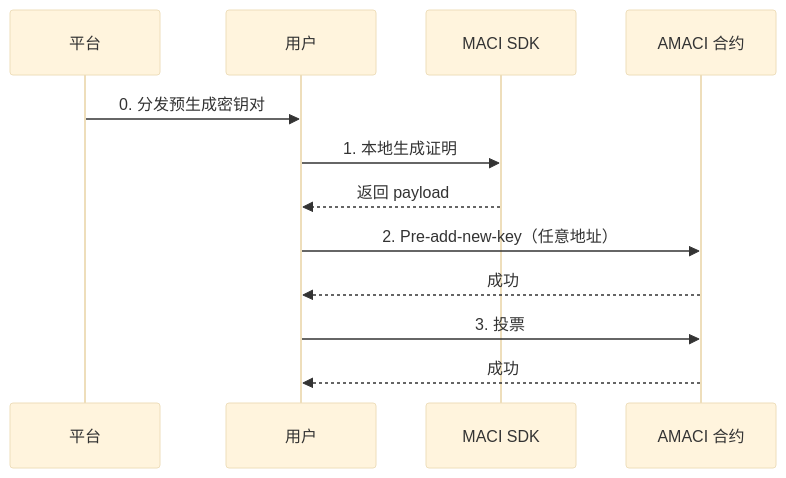
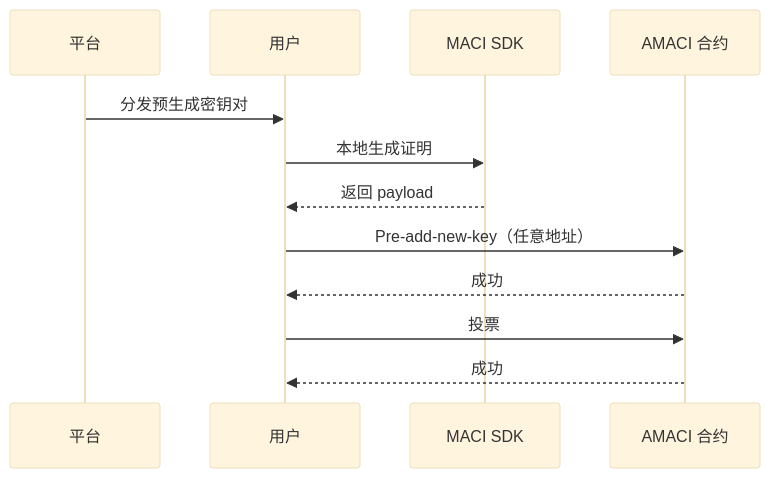
One commit to DoraFactory/maci changed the second of 2 diagrams in docs/content/docs/sdk/voting-guide.mdx. Above: the diagram before and after it, drawn with Mermaid (base theme). The commit also changed other lines of this file and 24 other files, not shown here.

````diff
--- a/docs/content/docs/sdk/voting-guide.mdx
+++ b/docs/content/docs/sdk/voting-guide.mdx
@@ -92,14 +79,14 @@
 ```mermaid
 sequenceDiagram
     participant Platform as 平台
     participant User as 用户
     participant SDK as MACI SDK
     participant Contract as AMACI 合约
-    Platform->>User: 0. 分发预生成密钥对
-    User->>SDK: 1. 本地生成证明
+    Platform->>User: 分发预生成密钥对
+    User->>SDK: 本地生成证明
     SDK-->>User: 返回 payload
-    User->>Contract: 2. Pre-add-new-key（任意地址）
+    User->>Contract: Pre-add-new-key（任意地址）
     Contract-->>User: 成功
-    User->>Contract: 3. 投票
+    User->>Contract: 投票
     Contract-->>User: 成功
 ```
````
